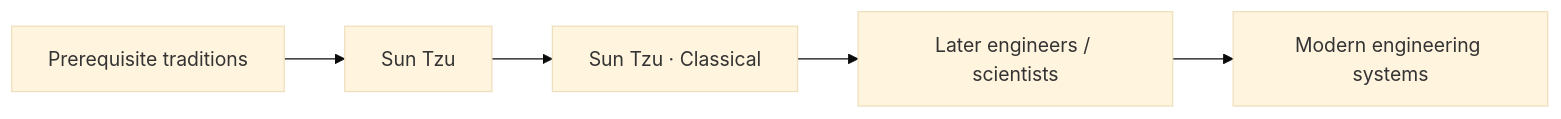
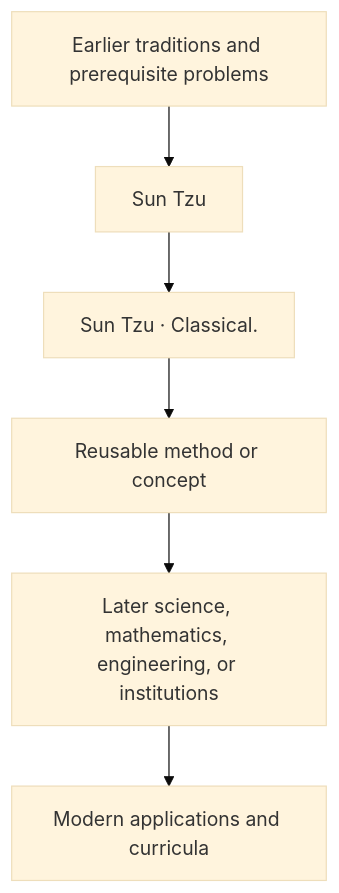
The diagram in docs/history/sun-tzu/influence.md (via-decide/ViaLogic), drawn with Mermaid (base theme) before and after one commit. The commit also changed other lines of this file and 858 other files, not shown here.

````diff
--- a/docs/history/sun-tzu/influence.md
+++ b/docs/history/sun-tzu/influence.md
@@ -29,7 +16,8 @@
 ```mermaid
-graph LR
-  prerequisites["Prerequisite traditions"] --> current["Sun Tzu"]
-  current --> contribution["Sun Tzu · Classical"]
-  contribution --> successors["Later engineers / scientists"]
-  successors --> modern["Modern engineering systems"]
+graph TD
+  Prior[Earlier traditions and prerequisite problems] --> Person[Sun Tzu]
+  Person --> Contribution[Sun Tzu · Classical.]
+  Contribution --> Method[Reusable method or concept]
+  Method --> Later[Later science, mathematics, engineering, or institutions]
+  Later --> Modern[Modern applications and curricula]
 ```
````
